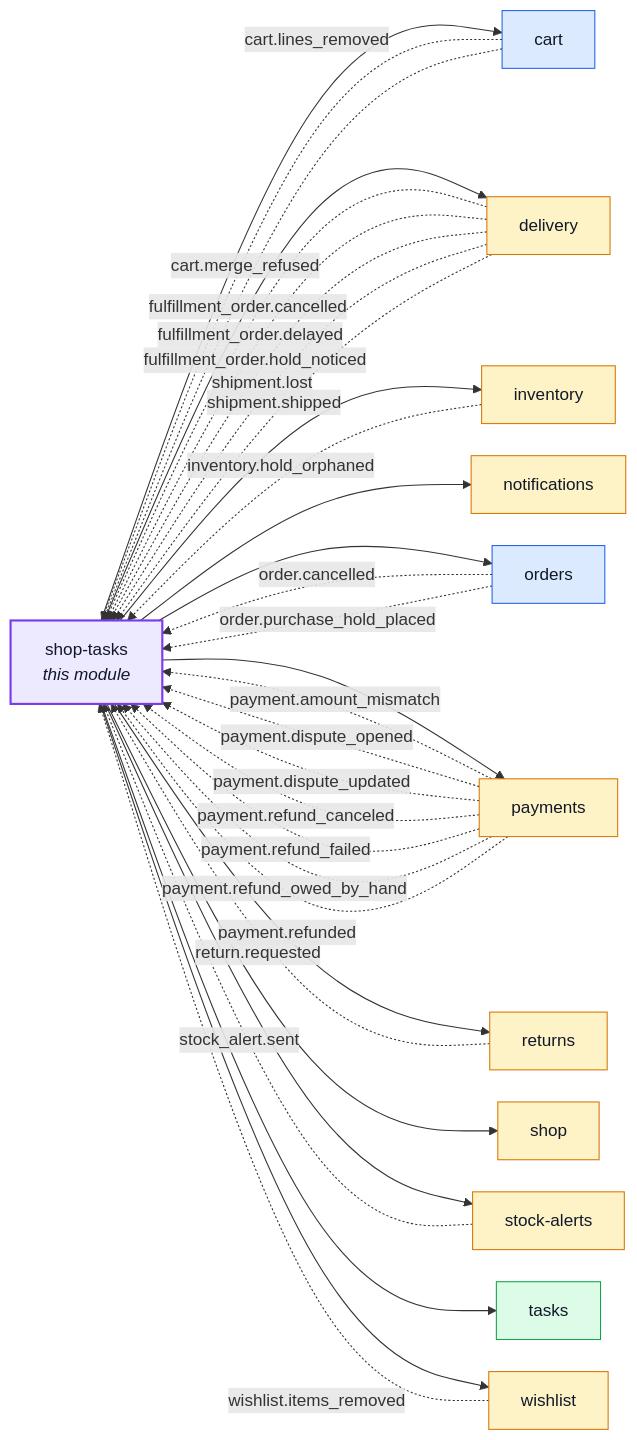
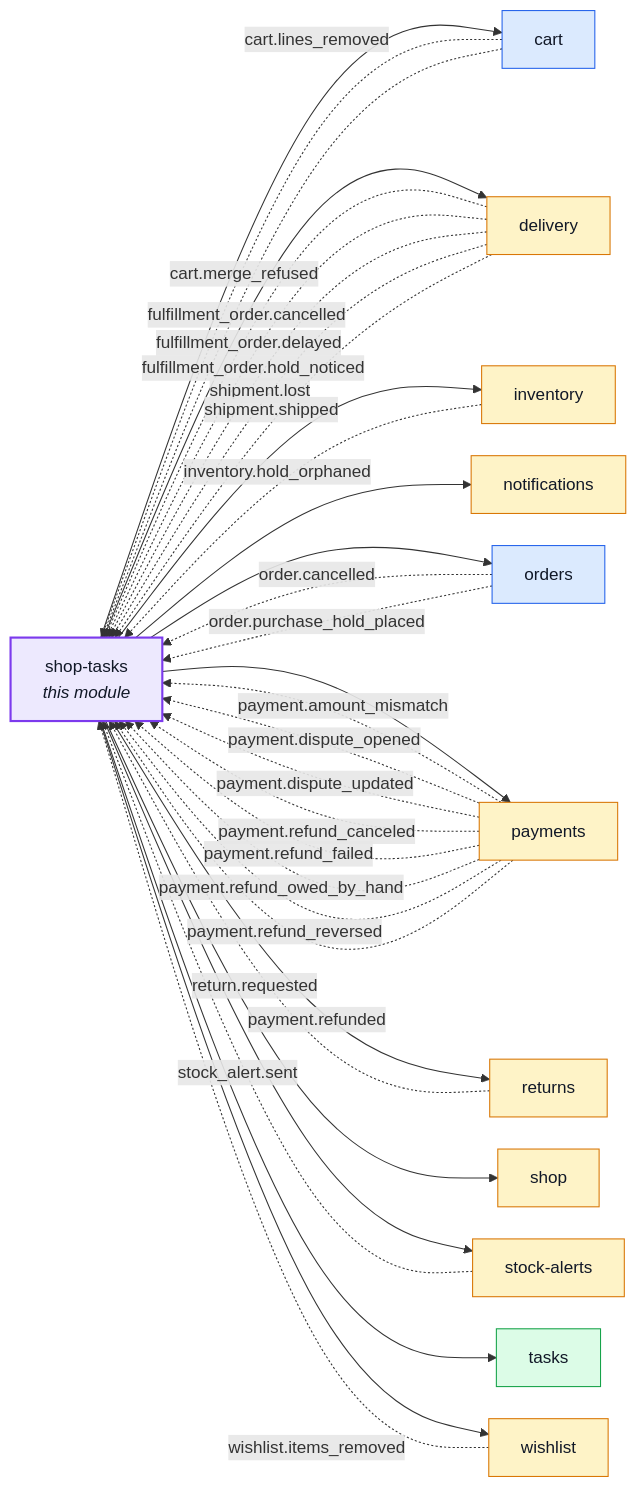
Before and after one commit to Guebbit/boilerplate-node-backend: the first of 3 diagrams in docs/modules/shop-tasks.md, drawn with Mermaid. The commit also changed other lines of this file and 12 other files, not shown here.

First line of the commit message:
feat(shop-tasks): open a to-do when the bank sends a settled refund back

````diff
--- a/docs/modules/shop-tasks.md
+++ b/docs/modules/shop-tasks.md
@@ -16,57 +16,58 @@
 ```mermaid
 %%{init: {'flowchart': {'nodeSpacing': 30, 'rankSpacing': 60}}}%%
 flowchart LR
     shop_tasks["shop-tasks<br/><i>this module</i>"]
     cart["cart"]
     delivery["delivery"]
     inventory["inventory"]
     notifications["notifications"]
     orders["orders"]
     payments["payments"]
     returns["returns"]
     shop["shop"]
     stock_alerts["stock-alerts"]
     tasks["tasks"]
     wishlist["wishlist"]
 
     shop_tasks --> cart
     shop_tasks --> delivery
     shop_tasks --> inventory
     shop_tasks --> notifications
     shop_tasks --> orders
     shop_tasks --> payments
     shop_tasks --> returns
     shop_tasks --> shop
     shop_tasks --> stock_alerts
     shop_tasks --> tasks
     shop_tasks --> wishlist
     cart -. "cart.lines_removed" .-> shop_tasks
     cart -. "cart.merge_refused" .-> shop_tasks
     delivery -. "fulfillment_order.cancelled" .-> shop_tasks
     delivery -. "fulfillment_order.delayed" .-> shop_tasks
     delivery -. "fulfillment_order.hold_noticed" .-> shop_tasks
     delivery -. "shipment.lost" .-> shop_tasks
     delivery -. "shipment.shipped" .-> shop_tasks
     inventory -. "inventory.hold_orphaned" .-> shop_tasks
     orders -. "order.cancelled" .-> shop_tasks
     orders -. "order.purchase_hold_placed" .-> shop_tasks
     payments -. "payment.amount_mismatch" .-> shop_tasks
     payments -. "payment.dispute_opened" .-> shop_tasks
     payments -. "payment.dispute_updated" .-> shop_tasks
     payments -. "payment.refund_canceled" .-> shop_tasks
     payments -. "payment.refund_failed" .-> shop_tasks
     payments -. "payment.refund_owed_by_hand" .-> shop_tasks
+    payments -. "payment.refund_reversed" .-> shop_tasks
     payments -. "payment.refunded" .-> shop_tasks
     returns -. "return.requested" .-> shop_tasks
     stock_alerts -. "stock_alert.sent" .-> shop_tasks
     wishlist -. "wishlist.items_removed" .-> shop_tasks
 
     classDef core fill:#dbeafe,stroke:#2563eb,color:#111827;
     classDef supporting fill:#fef3c7,stroke:#d97706,color:#111827;
     classDef generic fill:#dcfce7,stroke:#16a34a,color:#111827;
     classDef centre fill:#ede9fe,stroke:#7c3aed,stroke-width:2px,color:#111827;
     class cart,orders core;
     class delivery,inventory,notifications,payments,returns,shop,stock_alerts,wishlist supporting;
     class tasks generic;
     class shop_tasks centre;
 ```
````
